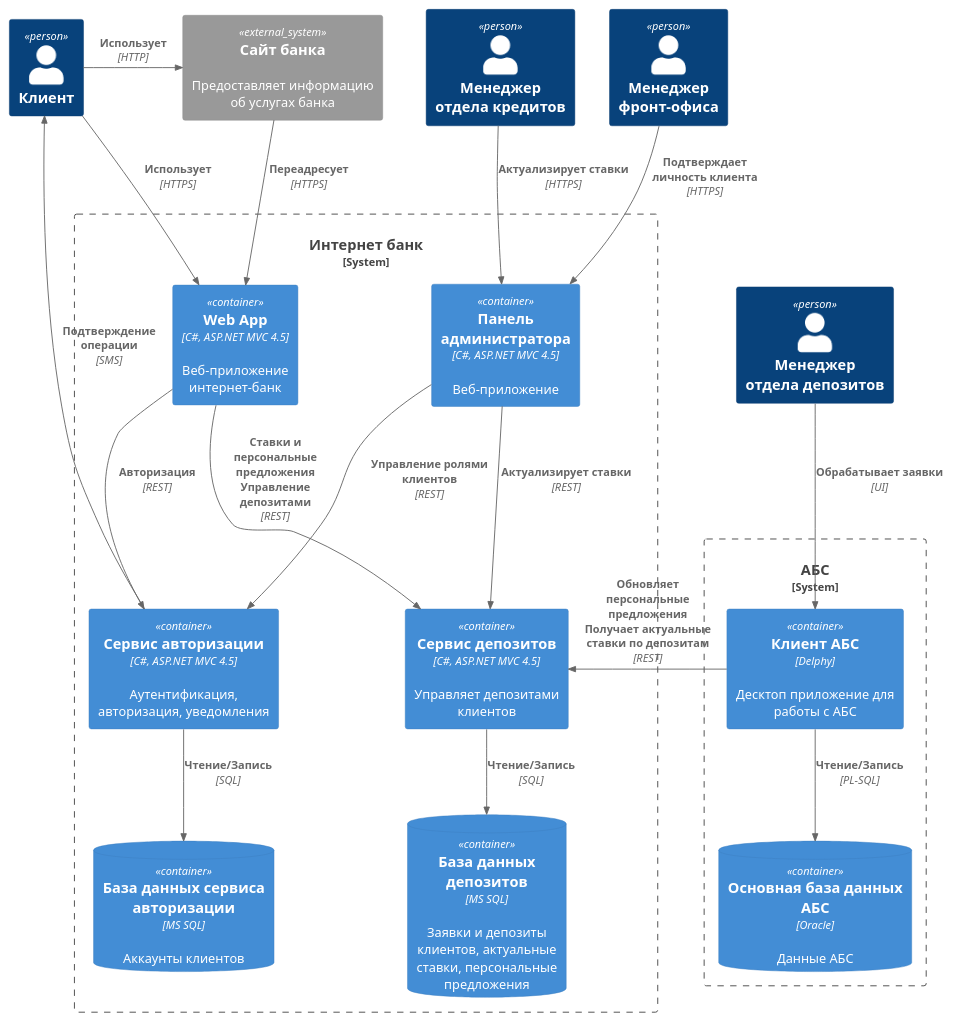
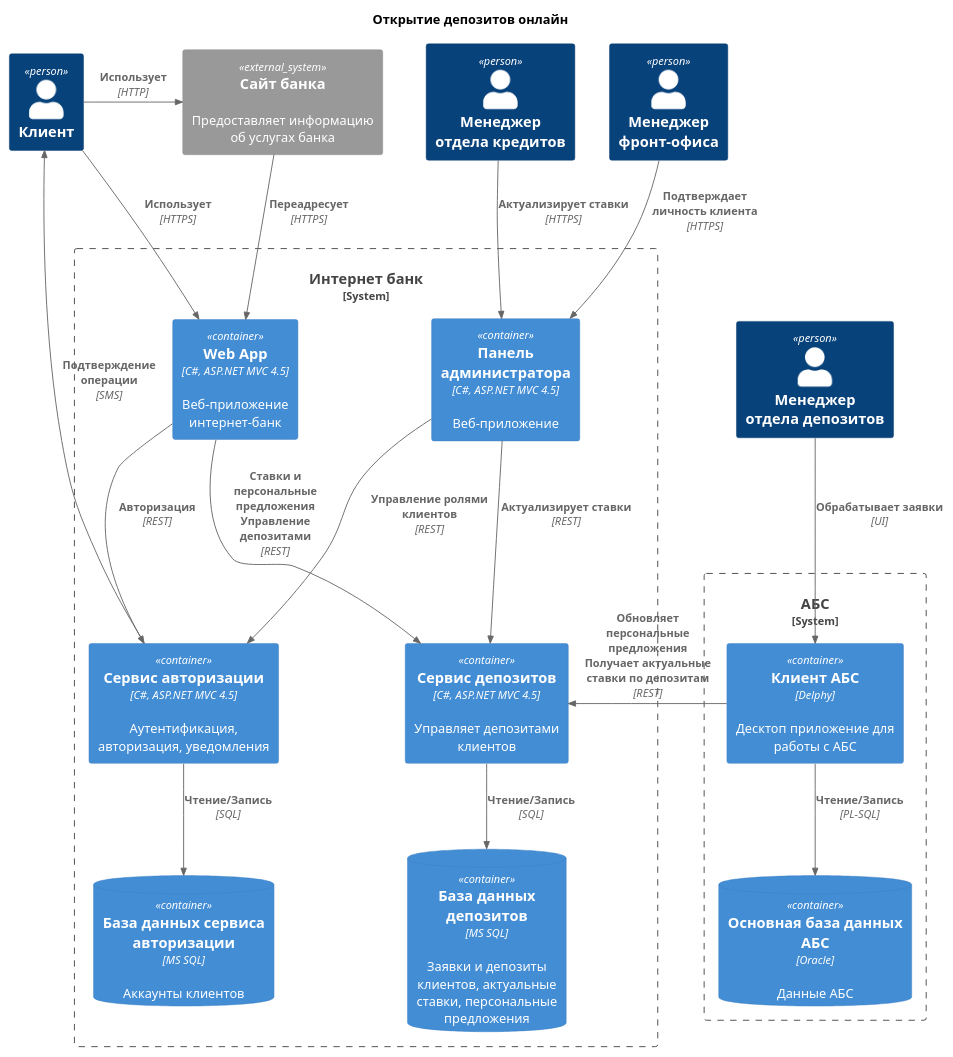
The diagram in Task3/ContainerC4.puml (aleksey-bardanov/architecture-sprint-9), drawn with PlantUML before and after one commit. The commit also changed 9 other files, not shown here.

```diff
--- a/Task3/ContainerC4.puml
+++ b/Task3/ContainerC4.puml
@@ -1,45 +1,47 @@
 @startuml Basic Sample
+
+title Открытие депозитов онлайн
 
 !include https://raw.githubusercontent.com/plantuml-stdlib/C4-PlantUML/master/C4_Container.puml
 
 Person(client, "Клиент")
 Person(deposits_manager, "Менеджер\nотдела депозитов")
 Person(credits_manager, "Менеджер\nотдела кредитов")
 Person(fo_manager, "Менеджер\nфронт-офиса")
 
 System_Ext(bank_landing, "Сайт банка", "Предоставляет информацию об услугах банка")
 
 System_Boundary(internet_bank, "Интернет банк") {
     Container(ib_fe, "Web App", "C#, ASP.NET MVC 4.5", "Веб-приложение интернет-банк")
     Container(ib_admin, "Панель администратора", "C#, ASP.NET MVC 4.5", "Веб-приложение")
     Container(ib_be, "Сервис авторизации", "C#, ASP.NET MVC 4.5", "Аутентификация, авторизация, уведомления")
     ContainerDb(ib_data, "База данных сервиса авторизации", "MS SQL", "Аккаунты клиентов")
     Container(deposits, "Сервис депозитов", "C#, ASP.NET MVC 4.5", "Управляет депозитами клиентов")
     ContainerDb(deposits_data, "База данных депозитов", "MS SQL", "Заявки и депозиты клиентов, актуальные ставки, персональные предложения")
 }
 
 System_Boundary(abs, "АБC") {
     Container(abs_desktop, "Клиент АБС", "Delphy", "Десктоп приложение для работы с АБС")
     ContainerDb(abs_data, "Основная база данных АБС", "Oracle", "Данные АБС")
 }
 
 Rel(fo_manager, ib_admin, "Подтверждает личность клиента", "HTTPS")
 Rel(ib_admin, ib_be, "Управление ролями клиентов", "REST")
 Rel(credits_manager, ib_admin, "Актуализирует ставки", "HTTPS")
 Rel(ib_admin, deposits, "Актуализирует ставки", "REST")
 
 Rel_D(ib_be, ib_data, "Чтение/Запись", "SQL")
 Rel_R(ib_be, client, "Подтверждение операции", "SMS")
 
 Rel_R(client, bank_landing, "Использует", "HTTP")
 Rel_D(bank_landing, ib_fe, "Переадресует", "HTTPS")
 Rel_D(client, ib_fe, "Использует", "HTTPS")
 Rel_D(ib_fe, ib_be, "Авторизация", "REST")
 Rel_D(ib_fe, deposits, "Cтавки и персональные предложения\nУправление депозитами", "REST")
 
 Rel_D(deposits_manager, abs_desktop, "Обрабатывает заявки", "UI")
 Rel_D(abs_desktop, abs_data, "Чтение/Запись", "PL-SQL")
 Rel_D(deposits, deposits_data, "Чтение/Запись", "SQL")
 Rel_L(abs_desktop, deposits, "Обновляет персональные предложения\nПолучает актуальные ставки по депозитам", "REST")
 
 @enduml
```
